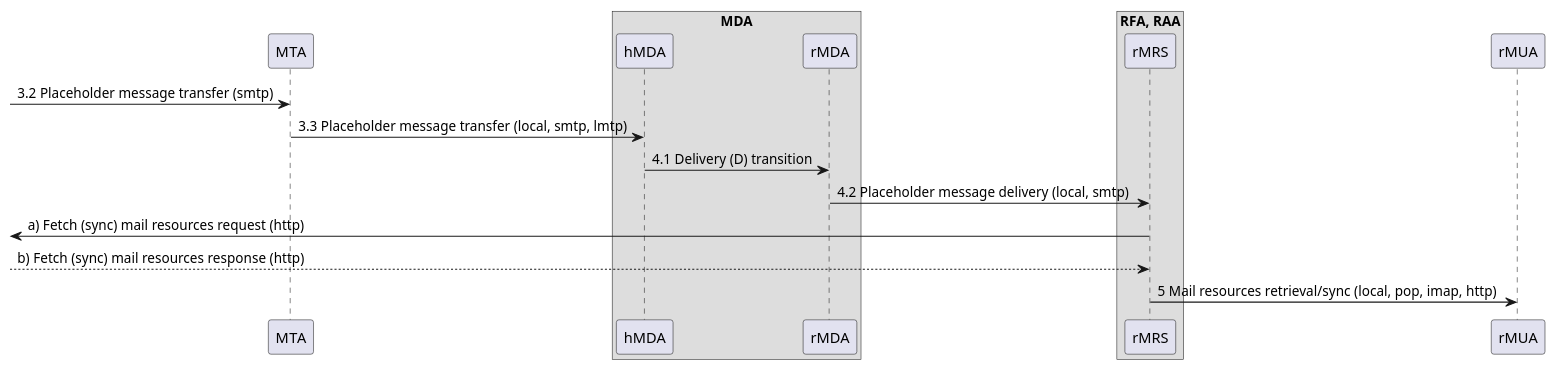
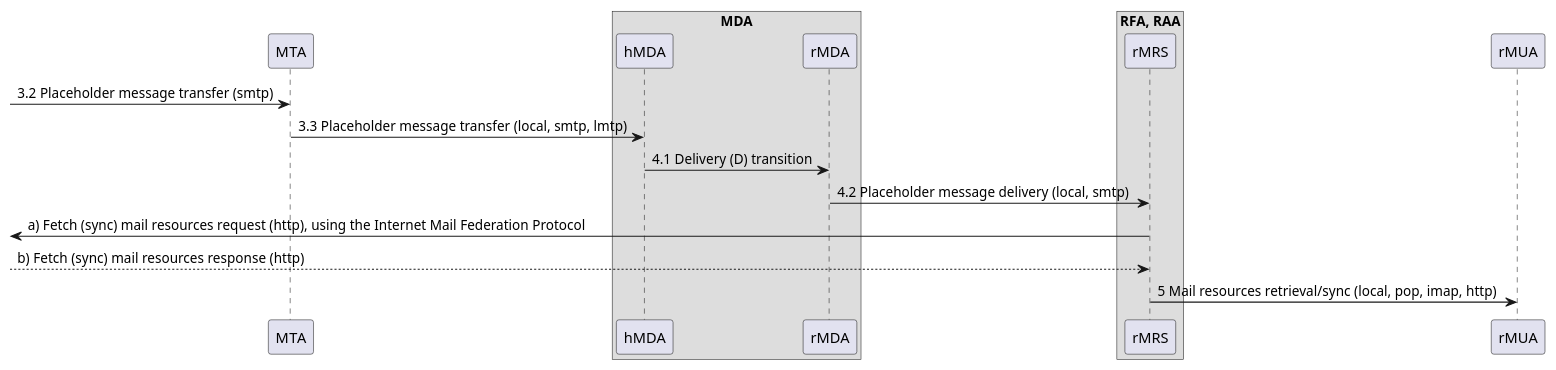
One commit to federizer/federizer changed the diagram in docs/resources/authorization-enhanced_rfc5598_II_sd.puml. Above: the diagram before and after it, drawn with PlantUML. The commit also changed 2 other files, not shown here.

```diff
--- a/docs/resources/authorization-enhanced_rfc5598_II_sd.puml
+++ b/docs/resources/authorization-enhanced_rfc5598_II_sd.puml
@@ -1,42 +1,42 @@
 @startuml Authorization-Enhanced Internet Mail Architecture, message flow part II.
 
 /'
 Message
 Message User Agent (MUA)
     Author MUA (aMUA)
     Recipient MUA (rMUA)
 Message Submission Agent (MSA)
     Author-focused MSA functions (aMSA)
     MHS-focused MSA functions (hMSA)
 Message Transfer Agent (MTA)
 Message Delivery Agent (MDA)
     Recipient-focused MDA functions (rMDA)
     MHS-focused MDA functions (hMDA)
 Resource Fetch Agent (RFA)
 Resource Access Agent (RAA)    
 Mail Resource Store (MRS)
     Author MRS (aMRS)
     Recipient MRS (rMRS)    
     User Agent MRS (uMRS)
 '/
 
 'ADMD II.
 participant "MTA" as MTA /'MTA'/
 box "MDA" /'MDA'/
 participant "hMDA" as hMDA /'MHS-focused MDA'/
 participant "rMDA" as rMDA /'Recipient-focused MDA'/
 end box
 box "RFA, RAA" /'Resource Fetch Agent, Resource Access Agent'/
 participant "rMRS" as rMRS /'Recipient MRS'/
 end box
 participant "rMUA" as rMUA /'MUA, uMRS optional'/
 
 [-> MTA : 3.2 Placeholder message transfer (smtp)
 MTA -> hMDA : 3.3 Placeholder message transfer (local, smtp, lmtp)
 hMDA -> rMDA : 4.1 Delivery (D) transition
 rMDA -> rMRS : 4.2 Placeholder message delivery (local, smtp)
-rMRS ->[ : a) Fetch (sync) mail resources request (http)
+rMRS ->[ : a) Fetch (sync) mail resources request (http), using the Internet Mail Federation Protocol
 rMRS <--[ : b) Fetch (sync) mail resources response (http)
 rMRS -> rMUA : 5 Mail resources retrieval/sync (local, pop, imap, http)
 
 @enduml
```
